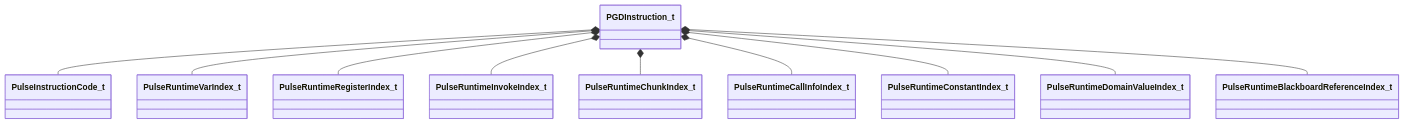
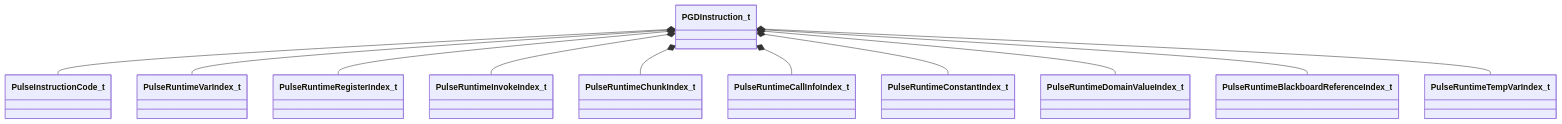
Before and after one commit to CS2OpenDev/CS2OpenDev-Docs: the diagram in docs/generated/schemas/pulse_runtime_lib/PGDInstruction_t.md, drawn with Mermaid. The commit also changed other lines of this file and 4654 other files, not shown here.

Commit message:
docs: regenerate for SchemaTracker build 25947352 [skip ci]

````diff
--- a/docs/generated/schemas/pulse_runtime_lib/PGDInstruction_t.md
+++ b/docs/generated/schemas/pulse_runtime_lib/PGDInstruction_t.md
@@ -17,12 +17,13 @@
 ```mermaid
 classDiagram
     PGDInstruction_t *-- PulseInstructionCode_t
     PGDInstruction_t *-- PulseRuntimeVarIndex_t
     PGDInstruction_t *-- PulseRuntimeRegisterIndex_t
     PGDInstruction_t *-- PulseRuntimeInvokeIndex_t
     PGDInstruction_t *-- PulseRuntimeChunkIndex_t
     PGDInstruction_t *-- PulseRuntimeCallInfoIndex_t
     PGDInstruction_t *-- PulseRuntimeConstantIndex_t
     PGDInstruction_t *-- PulseRuntimeDomainValueIndex_t
     PGDInstruction_t *-- PulseRuntimeBlackboardReferenceIndex_t
+    PGDInstruction_t *-- PulseRuntimeTempVarIndex_t
 ```
````
